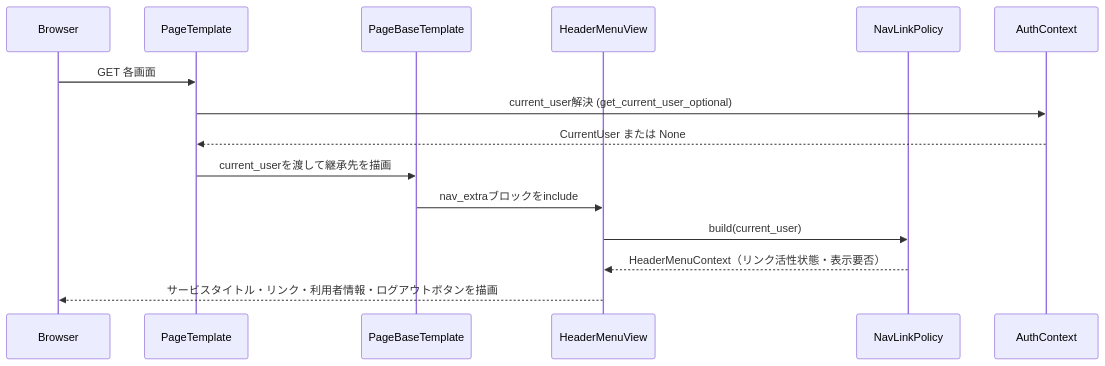
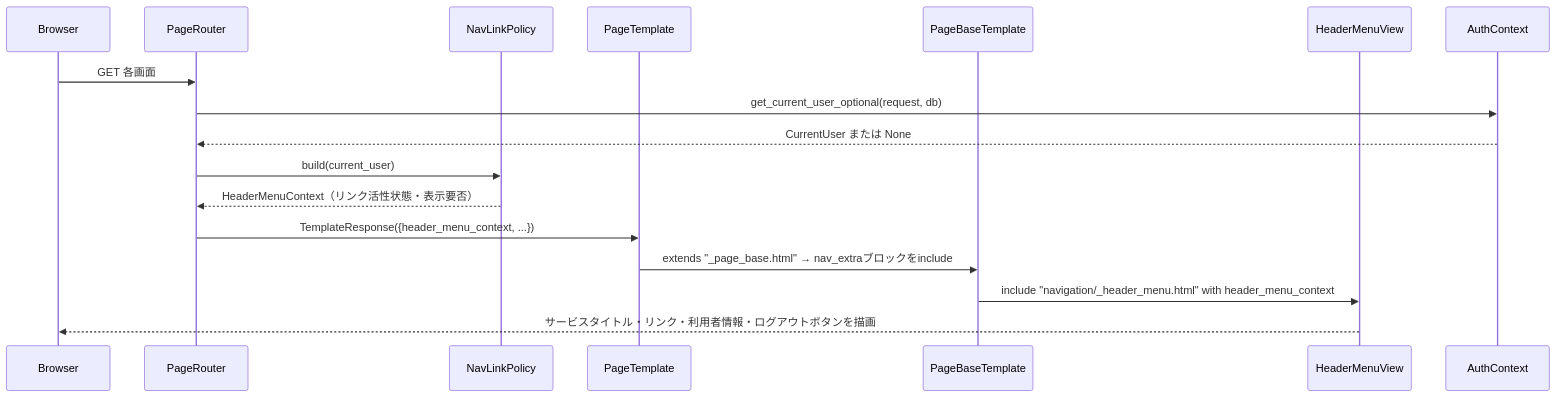
Before and after one commit to iwamuratakashi/cc-sdd-workshop-team7-helpo: the second of 2 diagrams in .kiro/specs/header-navigation-menu/design.md, drawn with Mermaid. The commit also changed other lines of this file and 35 other files, not shown here.

````diff
--- a/.kiro/specs/header-navigation-menu/design.md
+++ b/.kiro/specs/header-navigation-menu/design.md
@@ -122,17 +129,19 @@
 ```mermaid
 sequenceDiagram
     participant Browser
+    participant PageRouter
+    participant NavLinkPolicy
     participant PageTemplate
     participant PageBaseTemplate
     participant HeaderMenuView
-    participant NavLinkPolicy
     participant AuthContext
-    Browser->>PageTemplate: GET 各画面
-    PageTemplate->>AuthContext: current_user解決 (get_current_user_optional)
-    AuthContext-->>PageTemplate: CurrentUser または None
-    PageTemplate->>PageBaseTemplate: current_userを渡して継承先を描画
-    PageBaseTemplate->>HeaderMenuView: nav_extraブロックをinclude
-    HeaderMenuView->>NavLinkPolicy: build(current_user)
-    NavLinkPolicy-->>HeaderMenuView: HeaderMenuContext（リンク活性状態・表示要否）
+    Browser->>PageRouter: GET 各画面
+    PageRouter->>AuthContext: get_current_user_optional(request, db)
+    AuthContext-->>PageRouter: CurrentUser または None
+    PageRouter->>NavLinkPolicy: build(current_user)
+    NavLinkPolicy-->>PageRouter: HeaderMenuContext（リンク活性状態・表示要否）
+    PageRouter->>PageTemplate: TemplateResponse({header_menu_context, ...})
+    PageTemplate->>PageBaseTemplate: extends "_page_base.html" → nav_extraブロックをinclude
+    PageBaseTemplate->>HeaderMenuView: include "navigation/_header_menu.html" with header_menu_context
     HeaderMenuView-->>Browser: サービスタイトル・リンク・利用者情報・ログアウトボタンを描画
 ```
````
